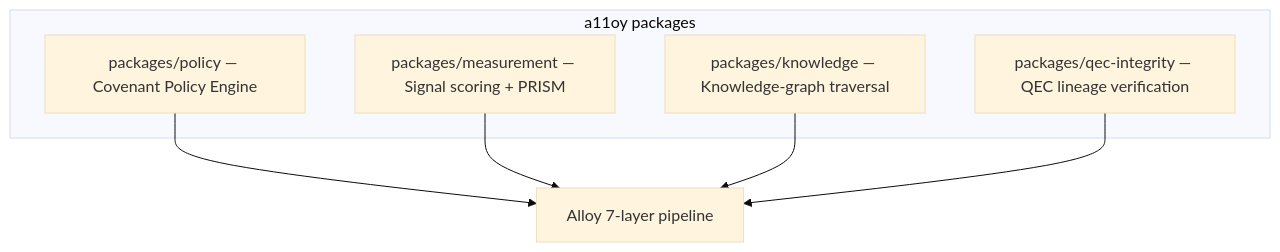
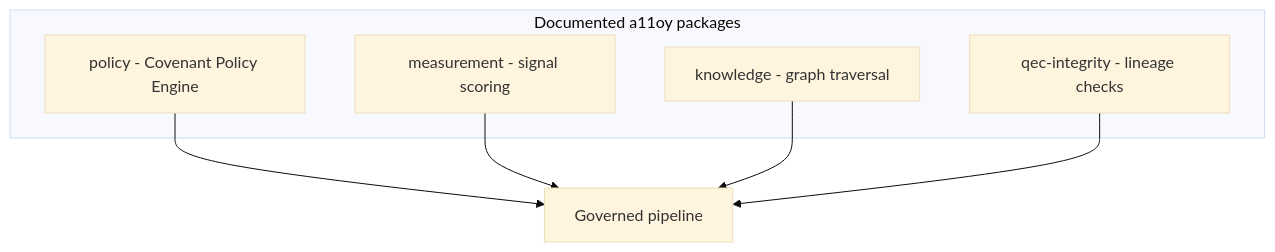
Before and after one commit to szl-holdings/docs-site: the diagram in docs/flagships/a11oy.md, drawn with Mermaid (base theme). The commit also changed other lines of this file and 99 other files, not shown here.

````diff
--- a/docs/flagships/a11oy.md
+++ b/docs/flagships/a11oy.md
@@ -26,13 +24,13 @@
 ```mermaid
 flowchart TD
-    subgraph packages["a11oy packages"]
-        POL["packages/policy — Covenant Policy Engine"]
-        MEA["packages/measurement — Signal scoring + PRISM"]
-        KNO["packages/knowledge — Knowledge-graph traversal"]
-        QEC["packages/qec-integrity — QEC lineage verification"]
+    subgraph packages["Documented a11oy packages"]
+        POL["policy - Covenant Policy Engine"]
+        MEA["measurement - signal scoring"]
+        KNO["knowledge - graph traversal"]
+        QEC["qec-integrity - lineage checks"]
     end
-    POL --> ALLOY[Alloy 7-layer pipeline]
+    POL --> ALLOY["Governed pipeline"]
     MEA --> ALLOY
     KNO --> ALLOY
     QEC --> ALLOY
 ```
````
